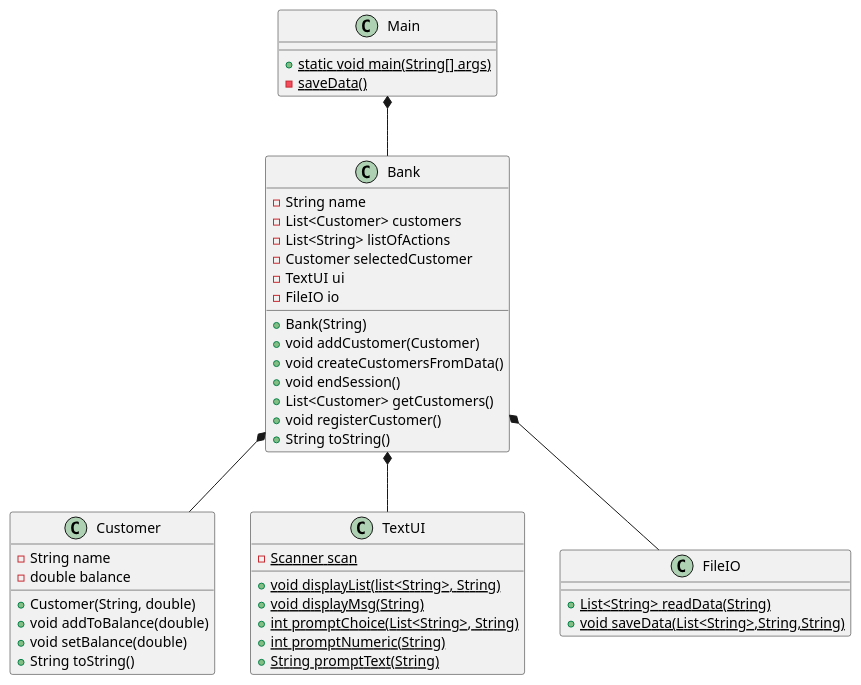
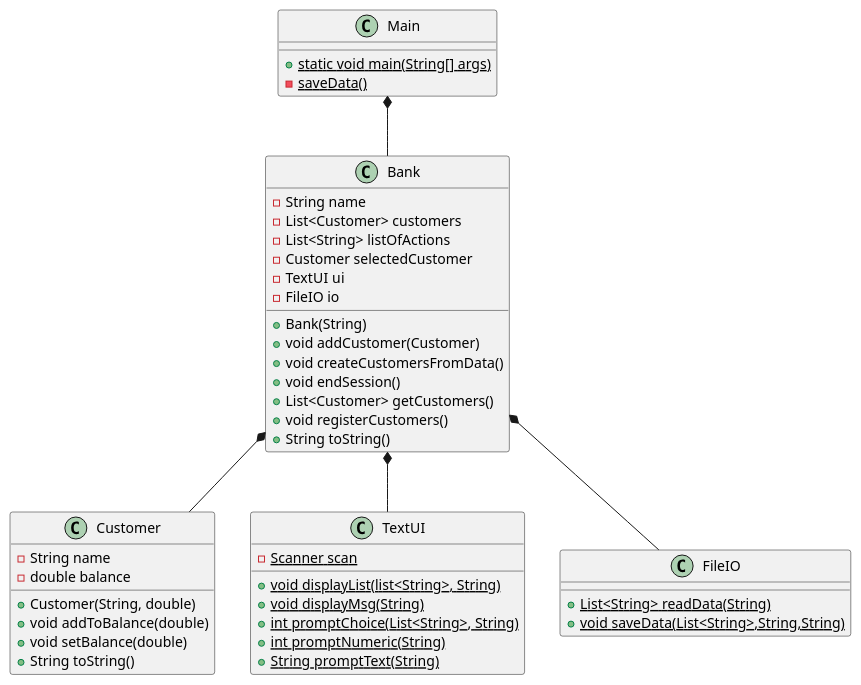
The diagram in doc/classdiagram.puml (Dat1Cphbusiness/MonopolyE24), drawn with PlantUML before and after one commit.

Commit message:
registerCustomer

```diff
--- a/doc/classdiagram.puml
+++ b/doc/classdiagram.puml
@@ -1,54 +1,54 @@
 @startuml
 class Main{
  {static}+ static void main(String[] args)
  {static}- saveData()
 }
 
 class Bank{
  - String name
  - List<Customer> customers
  - List<String> listOfActions
  - Customer selectedCustomer
  - TextUI ui
  - FileIO io
 
  + Bank(String)
  + void addCustomer(Customer)
  + void createCustomersFromData()
  + void endSession()
  + List<Customer> getCustomers()
- + void registerCustomer()
+ + void registerCustomers()
  + String toString()
 }
 
 class Customer{
  - String name
  - double balance
  + Customer(String, double)
  + void addToBalance(double)
  + void setBalance(double)
  + String toString()
 
 }
 
 class TextUI{
  {static}- Scanner scan
  {static}+ void displayList(list<String>, String)
  {static}+ void displayMsg(String)
  {static}+ int promptChoice(List<String>, String)
  {static}+int promptNumeric(String)
  {static}+ String promptText(String)
 
 }
 class FileIO{
 {static}+List<String> readData(String)
 {static}+void saveData(List<String>,String,String)
 }
 
 
 Main *-- Bank
 Bank *-- Customer
 Bank *-- TextUI
 Bank *-- FileIO
 
 @enduml
```
